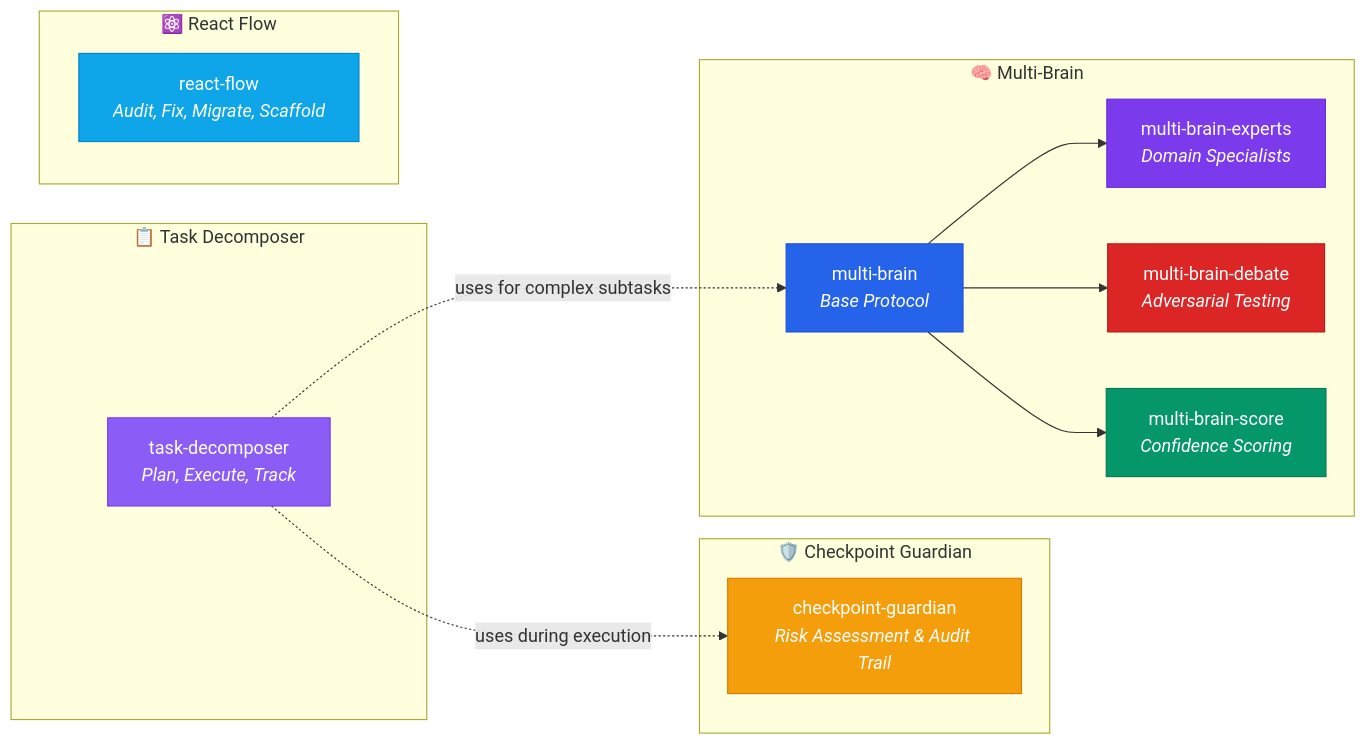
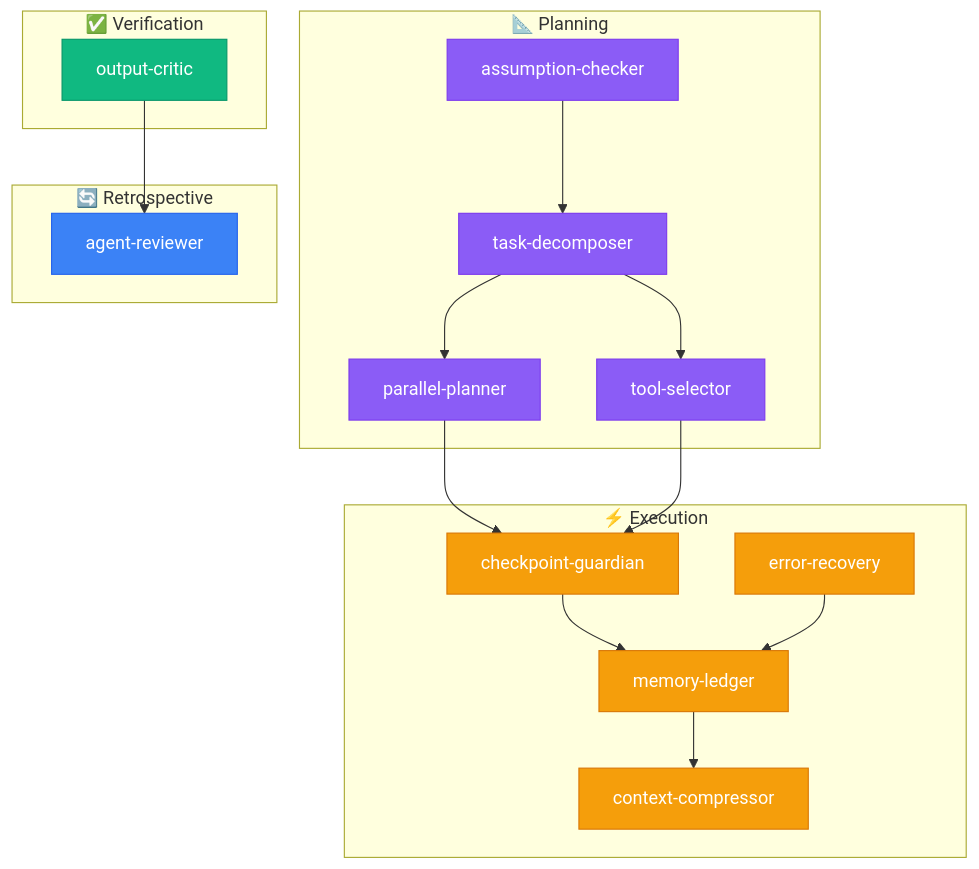
One commit to fatih-developer/fth-skills changed the diagram in README.md. Above: the diagram before and after it, drawn with Mermaid. The commit also changed other lines of this file and 24 other files, not shown here.

````diff
--- a/README.md
+++ b/README.md
@@ -56,32 +71,41 @@
 ```mermaid
-graph LR
-    subgraph "🛡️ Checkpoint Guardian"
-        CG["checkpoint-guardian<br/><i>Risk Assessment & Audit Trail</i>"]
+graph TD
+    subgraph "📐 Planning"
+        AC["assumption-checker"] --> TD["task-decomposer"]
+        TD --> PP["parallel-planner"]
+        TD --> TS["tool-selector"]
     end
 
-    subgraph "📋 Task Decomposer"
-        TD["task-decomposer<br/><i>Plan, Execute, Track</i>"]
+    subgraph "⚡ Execution"
+        CG["checkpoint-guardian"]
+        ML["memory-ledger"]
+        ER["error-recovery"]
+        CC["context-compressor"]
     end
 
-    subgraph "⚛️ React Flow"
-        RF["react-flow<br/><i>Audit, Fix, Migrate, Scaffold</i>"]
+    subgraph "✅ Verification"
+        OC["output-critic"]
     end
 
-    subgraph "🧠 Multi-Brain"
-        MB["multi-brain<br/><i>Base Protocol</i>"]
-        MB --> MBE["multi-brain-experts<br/><i>Domain Specialists</i>"]
-        MB --> MBD["multi-brain-debate<br/><i>Adversarial Testing</i>"]
-        MB --> MBS["multi-brain-score<br/><i>Confidence Scoring</i>"]
+    subgraph "🔄 Retrospective"
+        AR["agent-reviewer"]
     end
 
-    TD -.->|"uses during execution"| CG
-    TD -.->|"uses for complex subtasks"| MB
+    PP --> CG
+    TS --> CG
+    CG --> ML
+    ER --> ML
+    ML --> CC
+    OC --> AR
 
+    style AC fill:#8b5cf6,stroke:#7c3aed,color:#fff
+    style TD fill:#8b5cf6,stroke:#7c3aed,color:#fff
+    style PP fill:#8b5cf6,stroke:#7c3aed,color:#fff
+    style TS fill:#8b5cf6,stroke:#7c3aed,color:#fff
     style CG fill:#f59e0b,stroke:#d97706,color:#fff
-    style TD fill:#8b5cf6,stroke:#7c3aed,color:#fff
-    style RF fill:#0ea5e9,stroke:#0284c7,color:#fff
-    style MB fill:#2563eb,stroke:#1d4ed8,color:#fff
-    style MBE fill:#7c3aed,stroke:#6d28d9,color:#fff
-    style MBD fill:#dc2626,stroke:#b91c1c,color:#fff
-    style MBS fill:#059669,stroke:#047857,color:#fff
+    style ML fill:#f59e0b,stroke:#d97706,color:#fff
+    style ER fill:#f59e0b,stroke:#d97706,color:#fff
+    style CC fill:#f59e0b,stroke:#d97706,color:#fff
+    style OC fill:#10b981,stroke:#059669,color:#fff
+    style AR fill:#3b82f6,stroke:#2563eb,color:#fff
 ```
````
